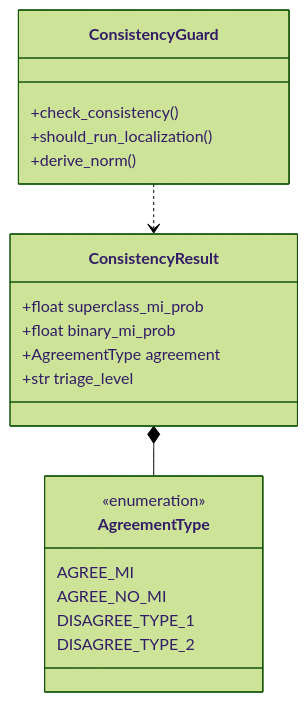
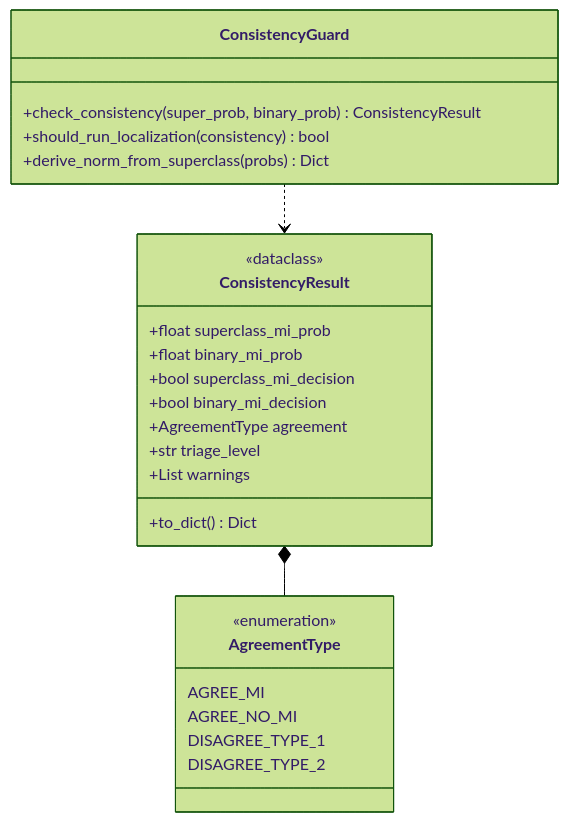
Before and after one commit to mUsaulug/CardioGuard-AI: the third of 7 diagrams in docs/diagrams/03_class_diagram.md, drawn with Mermaid (forest theme). The commit also changed other lines of this file and 3 other files, not shown here.

````diff
--- a/docs/diagrams/03_class_diagram.md
+++ b/docs/diagrams/03_class_diagram.md
@@ -117,28 +154,33 @@
 ```mermaid
 classDiagram
     direction TB
     
     class AgreementType {
         <<enumeration>>
         AGREE_MI
         AGREE_NO_MI
         DISAGREE_TYPE_1
         DISAGREE_TYPE_2
     }
     
     class ConsistencyResult {
+        <<dataclass>>
         +float superclass_mi_prob
         +float binary_mi_prob
+        +bool superclass_mi_decision
+        +bool binary_mi_decision
         +AgreementType agreement
         +str triage_level
+        +List warnings
+        +to_dict() Dict
     }
     
     class ConsistencyGuard {
-        +check_consistency()
-        +should_run_localization()
-        +derive_norm()
+        +check_consistency(super_prob, binary_prob) ConsistencyResult
+        +should_run_localization(consistency) bool
+        +derive_norm_from_superclass(probs) Dict
     }
     
     ConsistencyResult *-- AgreementType
     ConsistencyGuard ..> ConsistencyResult
 ```
````
